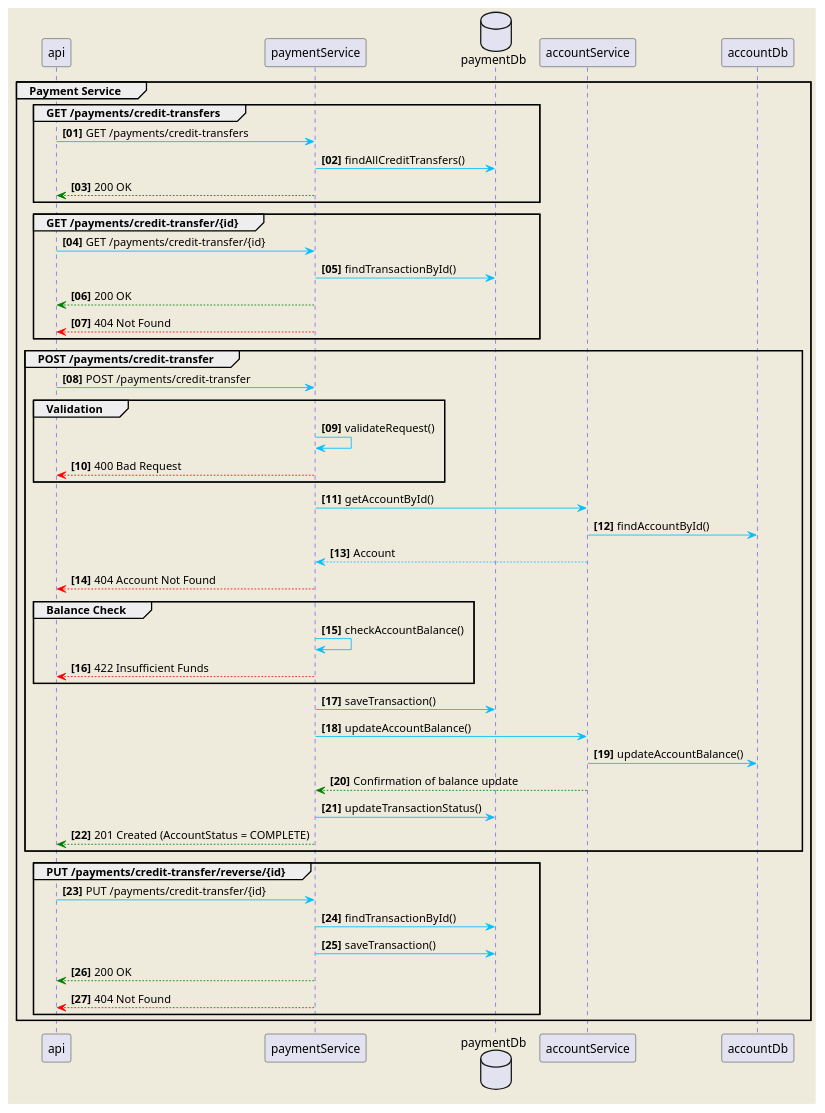
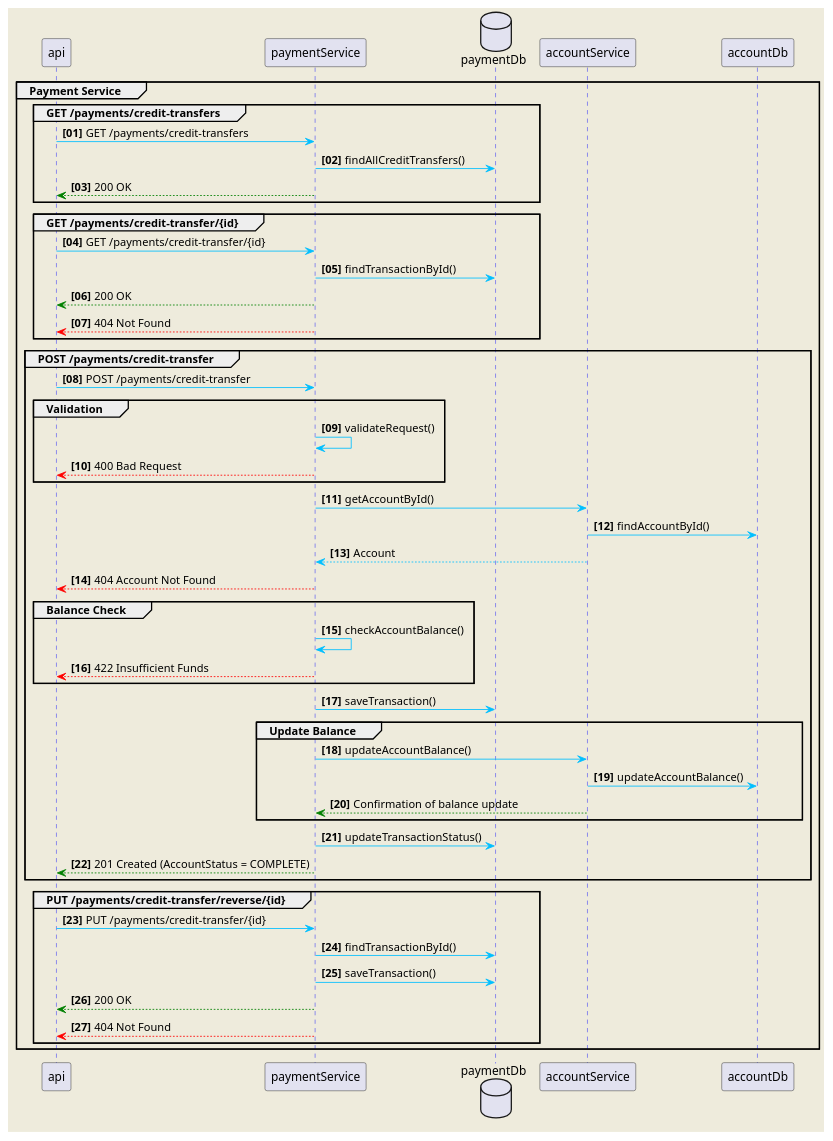
The diagram in docs/payment.plantuml (C0d3N1nJ4/payment-service), drawn with PlantUML before and after one commit. The commit also changed 5 other files, not shown here.

Commit message:
Refactoring account balance update for credit transfer

```diff
--- a/docs/payment.plantuml
+++ b/docs/payment.plantuml
@@ -1,52 +1,54 @@
 @startuml
 skinparam backgroundColor #EEEBDC
 skinparam sequence {
 ArrowColor DeepSkyBlue
 ActorBorderColor DeepSkyBlue
 LifeLineBorderColor blue
 LifeLineBackgroundColor #A9DCDF}
 
 autonumber 1 1 "<b>[00]"
 group Payment Service
     group GET /payments/credit-transfers
         api -> paymentService: GET /payments/credit-transfers
         database    paymentDb    as paymentDb
         paymentService -> paymentDb: findAllCreditTransfers()
         api <-[#green]- paymentService: 200 OK
     end
     group GET /payments/credit-transfer/{id}
         api -> paymentService: GET /payments/credit-transfer/{id}
         paymentService -> paymentDb: findTransactionById()
         api <-[#green]- paymentService: 200 OK
         api <-[#red]- paymentService: 404 Not Found
     end
     group POST /payments/credit-transfer
            api -> paymentService: POST /payments/credit-transfer
            group Validation
                paymentService -> paymentService: validateRequest()
                api <-[#red]- paymentService: 400 Bad Request
            end
            paymentService -> accountService: getAccountById()
            accountService -> accountDb: findAccountById()
            accountService --> paymentService: Account
            api <-[#red]- paymentService: 404 Account Not Found
             group Balance Check
                     paymentService -> paymentService: checkAccountBalance()
                     api <-[#red]- paymentService: 422 Insufficient Funds
             end
             paymentService -> paymentDb: saveTransaction()
-            paymentService -> accountService: updateAccountBalance()
-            accountService -> accountDb: updateAccountBalance()
-            accountService -[#green]-> paymentService: Confirmation of balance update
+            group Update Balance
+                paymentService -> accountService: updateAccountBalance()
+                accountService -> accountDb: updateAccountBalance()
+                accountService -[#green]-> paymentService: Confirmation of balance update
+            end
             paymentService -> paymentDb: updateTransactionStatus()
             api <-[#green]- paymentService: 201 Created (AccountStatus = COMPLETE)
     end
     group PUT /payments/credit-transfer/reverse/{id}
         api -> paymentService: PUT /payments/credit-transfer/{id}
         paymentService -> paymentDb: findTransactionById()
         paymentService -> paymentDb: saveTransaction()
         api <-[#green]- paymentService: 200 OK
         api <-[#red]- paymentService: 404 Not Found
     end
 end
 @enduml
```
